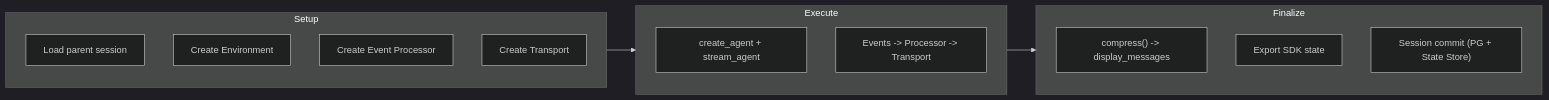
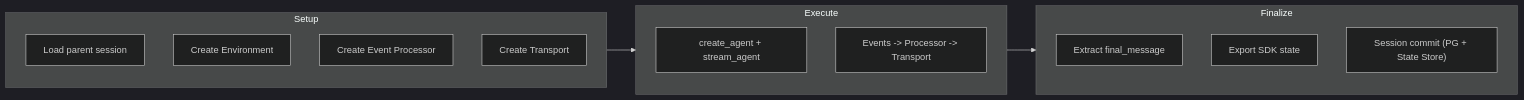
One commit to Wh1isper/netherbrain changed the second of 4 diagrams in spec/agent_runtime/03-execution.md. Above: the diagram before and after it, drawn with Mermaid (dark theme). The commit also changed other lines of this file and 15 other files, not shown here.

````diff
--- a/spec/agent_runtime/03-execution.md
+++ b/spec/agent_runtime/03-execution.md
@@ -48,22 +47,22 @@
 ```mermaid
 flowchart LR
     subgraph Setup
         S1["Load parent session"]
         S2["Create Environment"]
         S3["Create Event Processor"]
         S4["Create Transport"]
     end
 
     subgraph Execute
         E1["create_agent + stream_agent"]
         E2["Events -> Processor -> Transport"]
     end
 
     subgraph Finalize
-        F1["compress() -> display_messages"]
+        F1["Extract final_message"]
         F2["Export SDK state"]
         F3["Session commit (PG + State Store)"]
     end
 
     Setup --> Execute --> Finalize
 ```
````
